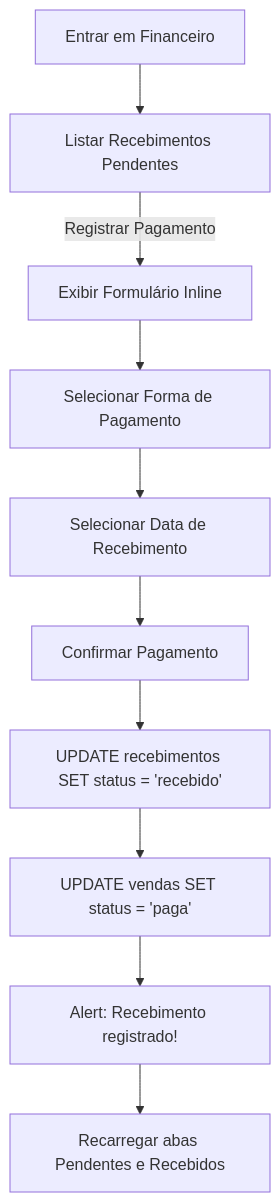
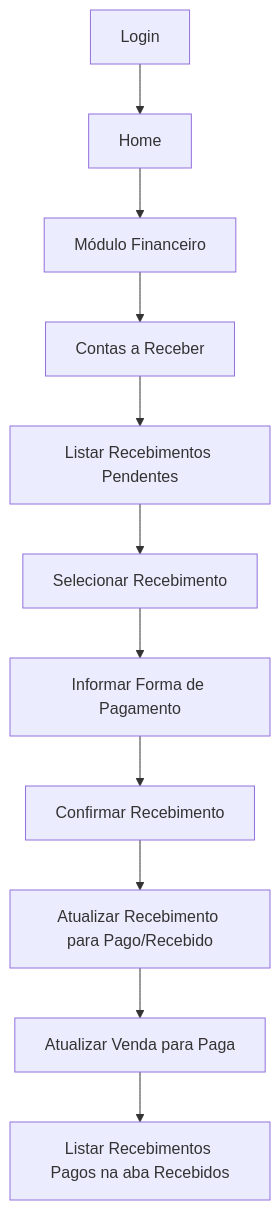
Before and after one commit to EduardoHenrrykSimonato/sistema-gestao-comercial: the tenth of 11 diagrams in README.md, drawn with Mermaid. The commit also changed other lines of this file and 3 other files, not shown here.

Commit message:
docs: auditoria e sincronizacao de todos os diagramas Mermaid do projeto

````diff
--- a/README.md
+++ b/README.md
@@ -372,12 +506,13 @@
 ```mermaid
 flowchart TD
-    Fin["Entrar em Financeiro"] --> Receber["Listar Recebimentos Pendentes"]
-    Receber --> |"Registrar Pagamento"| FormPag["Exibir Formulário Inline"]
-    FormPag --> InfForma["Selecionar Forma de Pagamento"]
-    InfForma --> InfData["Selecionar Data de Recebimento"]
-    InfData --> ConfPag["Confirmar Pagamento"]
-    ConfPag --> AtuRec["UPDATE recebimentos SET status = 'recebido'"]
-    AtuRec --> AtuVenda["UPDATE vendas SET status = 'paga'"]
-    AtuVenda --> AlertSuc["Alert: Recebimento registrado!"]
-    AlertSuc --> Reload["Recarregar abas Pendentes e Recebidos"]
+    Login["Login"] --> Home["Home"]
+    Home --> Fin["Módulo Financeiro"]
+    Fin --> Receber["Contas a Receber"]
+    Receber --> ListPend["Listar Recebimentos Pendentes"]
+    ListPend --> SelRec["Selecionar Recebimento"]
+    SelRec --> InfForma["Informar Forma de Pagamento"]
+    InfForma --> ConfPag["Confirmar Recebimento"]
+    ConfPag --> AtuRec["Atualizar Recebimento para Pago/Recebido"]
+    AtuRec --> AtuVenda["Atualizar Venda para Paga"]
+    AtuVenda --> ListPag["Listar Recebimentos Pagos na aba Recebidos"]
 ```
````
